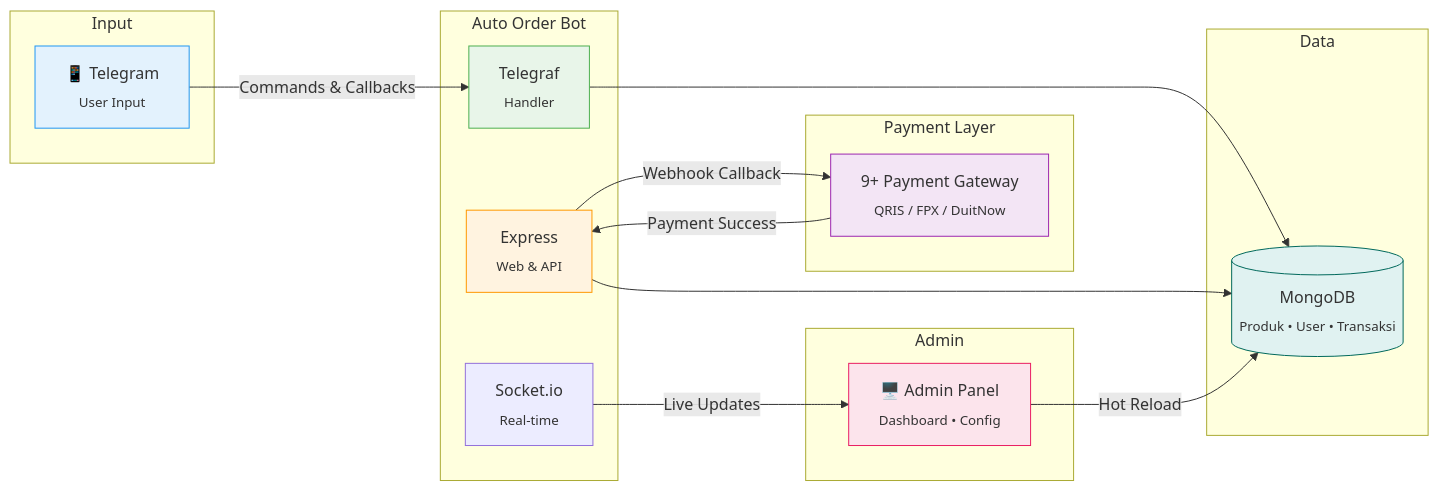
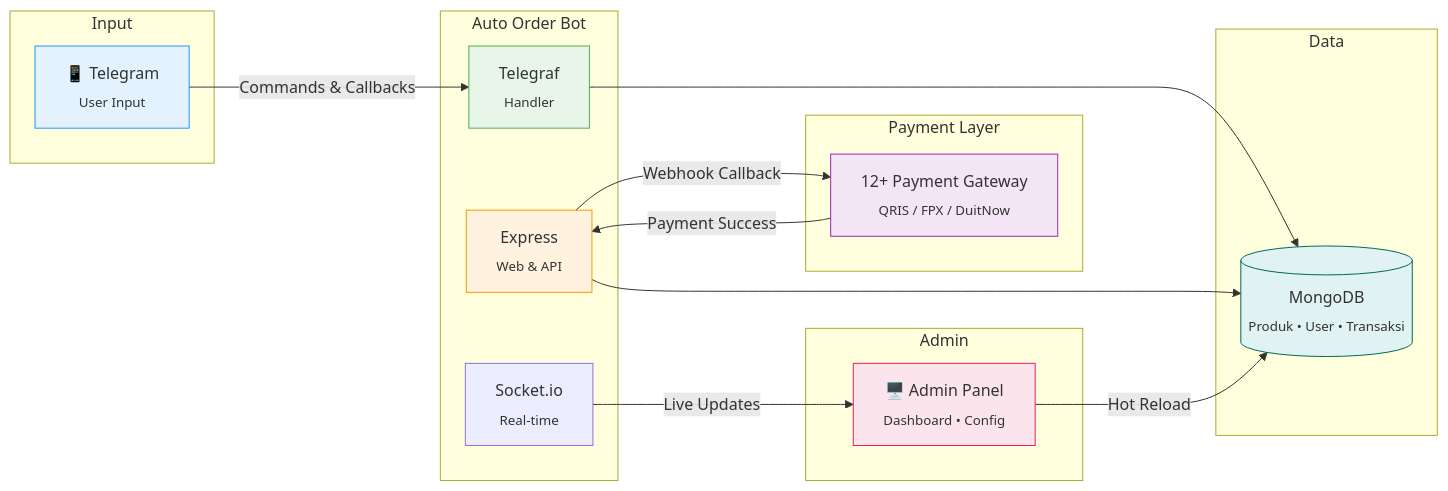
The first of 2 diagrams in README.md (jundy779/Auto_Order_BOT), drawn with Mermaid before and after one commit. The commit also changed other lines of this file, not shown here.

````diff
--- a/README.md
+++ b/README.md
@@ -48,39 +54,39 @@
 ```mermaid
 graph LR
     subgraph Input
         TG[📱 Telegram<br/><sub>User Input</sub>]
     end
     
     subgraph Bot[Auto Order Bot]
         TE[Telegraf<br/><sub>Handler</sub>]
         EX[Express<br/><sub>Web & API</sub>]
         SO[Socket.io<br/><sub>Real-time</sub>]
     end
     
     subgraph Payment[Payment Layer]
-        PG[9+ Payment Gateway<br/><sub>QRIS / FPX / DuitNow</sub>]
+        PG[12+ Payment Gateway<br/><sub>QRIS / FPX / DuitNow</sub>]
     end
     
     subgraph Data
         DB[(MongoDB<br/><sub>Produk • User • Transaksi</sub>)]
     end
     
     subgraph Admin
         AP[🖥️ Admin Panel<br/><sub>Dashboard • Config</sub>]
     end
     
     TG -->|Commands & Callbacks| TE
     TE --> DB
     EX -->|Webhook Callback| PG
     PG -->|Payment Success| EX
     EX --> DB
     AP -->|Hot Reload| DB
     SO -->|Live Updates| AP
     
     style TG fill:#e3f2fd,stroke:#2196f3
     style TE fill:#e8f5e9,stroke:#4caf50
     style EX fill:#fff3e0,stroke:#ff9800
     style PG fill:#f3e5f5,stroke:#9c27b0
     style DB fill:#e0f2f1,stroke:#00695c
     style AP fill:#fce4ec,stroke:#e91e63
 ```
````
